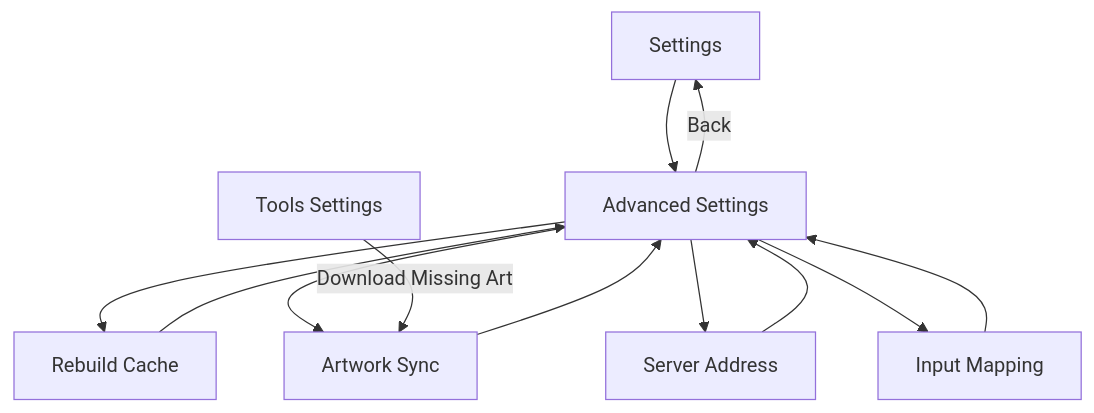
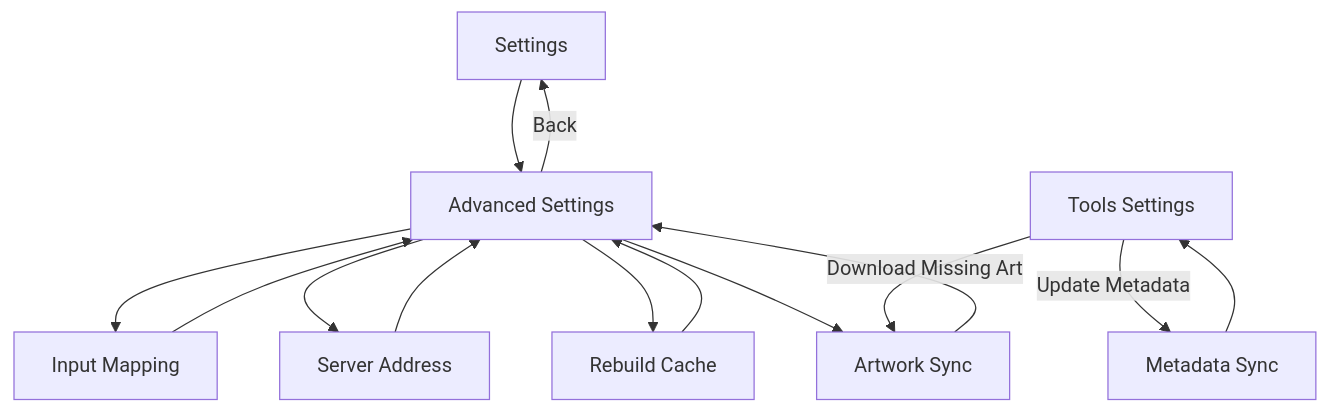
One commit to pawndev/grout changed the ninth of 9 diagrams in docs/contributing/state-machine.md. Above: the diagram before and after it, drawn with Mermaid. The commit also changed other lines of this file and 18 other files, not shown here.

````diff
--- a/docs/contributing/state-machine.md
+++ b/docs/contributing/state-machine.md
@@ -208,24 +208,27 @@
 ```mermaid
 flowchart TD
     SET[Settings]
     ASET[Advanced Settings]
     TSET[Tools Settings]
     RC[Rebuild Cache]
     ART[Artwork Sync]
+    META[Metadata Sync]
     SA[Server Address]
     IM[Input Mapping]
 
     SET --> ASET
     ASET -->|"Back"| SET
     ASET --> RC
     ASET --> ART
     ASET --> SA
     ASET --> IM
 
     RC --> ASET
     ART --> ASET
     SA --> ASET
     IM --> ASET
 
     TSET -->|"Download Missing Art"| ART
+    TSET -->|"Update Metadata"| META
+    META --> TSET
 ```
````
